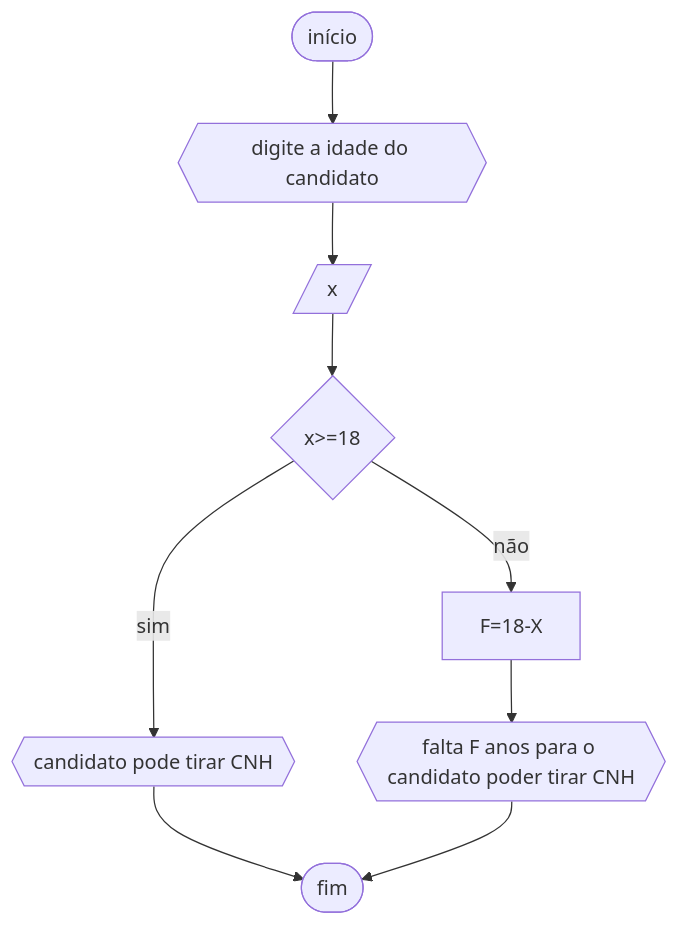
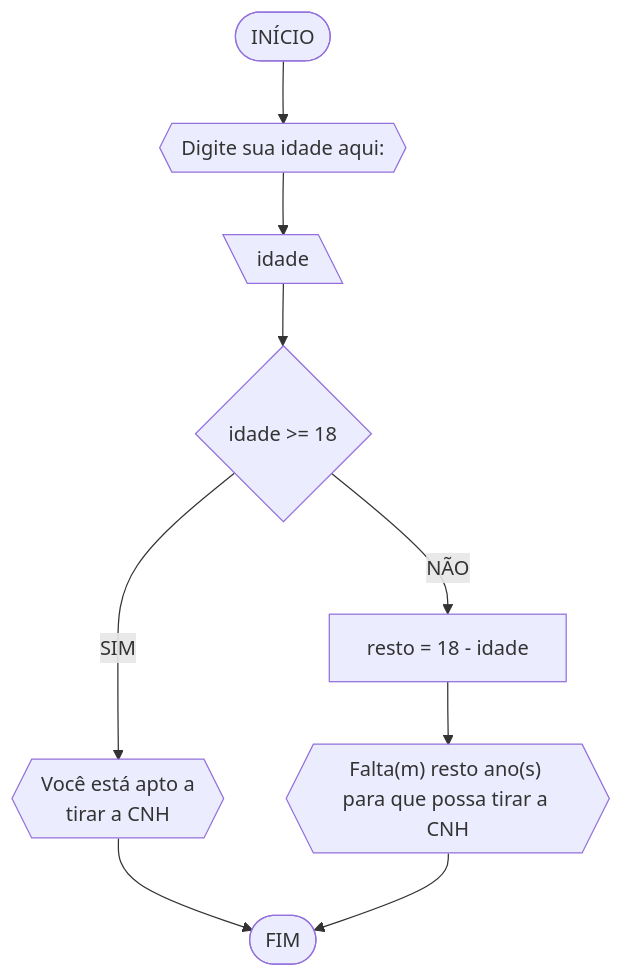
Before and after one commit to Danil0Ribeir0/UNIFOR: the fourth of 4 diagrams in RLA /AD1/lista_1.md, drawn with Mermaid. The commit also changed other lines of this file, not shown here.

````diff
--- a/RLA /AD1/lista_1.md
+++ b/RLA /AD1/lista_1.md
@@ -112,11 +114,13 @@
 ```mermaid
 flowchart TD
-A([início])-->B{{"digite a idade do candidato"}}
-B-->C[/x/]
-C-->D{x>=18}
-D--sim-->E{{"candidato pode tirar CNH"}}
-D--não -->F[F=18-X]
-F-->G{{"falta F anos para o candidato poder tirar CNH"}}
-E-->Z([fim])
-G-->Z
+A([INÍCIO]) --> B{{"Digite sua idade aqui: "}}
+B --> C[\idade\]
+C --> D{idade >= 18}
+D --NÃO--> E[resto = 18 - idade]
+E --> F{{"Falta(m) resto ano(s) 
+para que possa tirar a CNH"}}
+D --SIM--> G{{"Você está apto a 
+tirar a CNH"}}
+G --> Z([FIM])
+F --> Z
 ```
````
